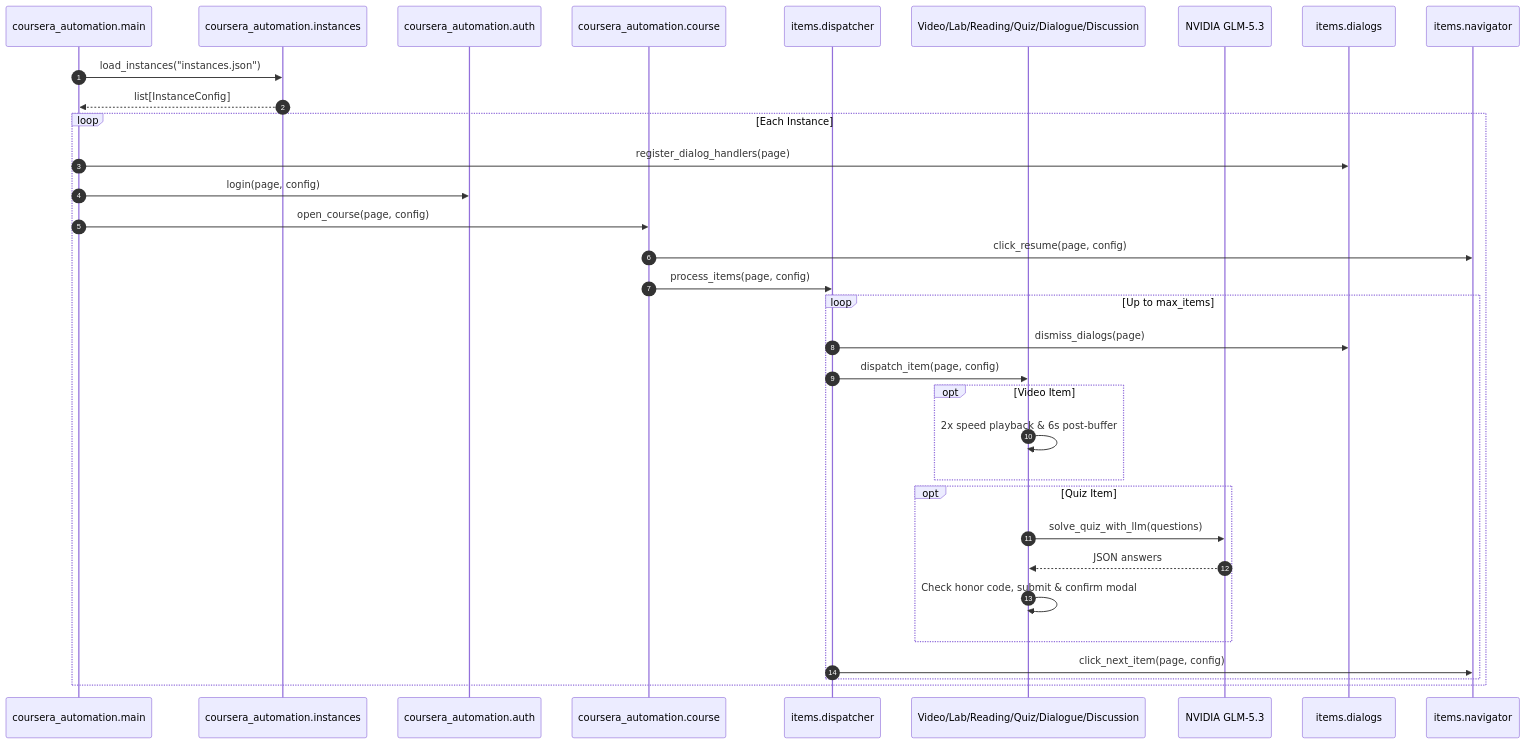
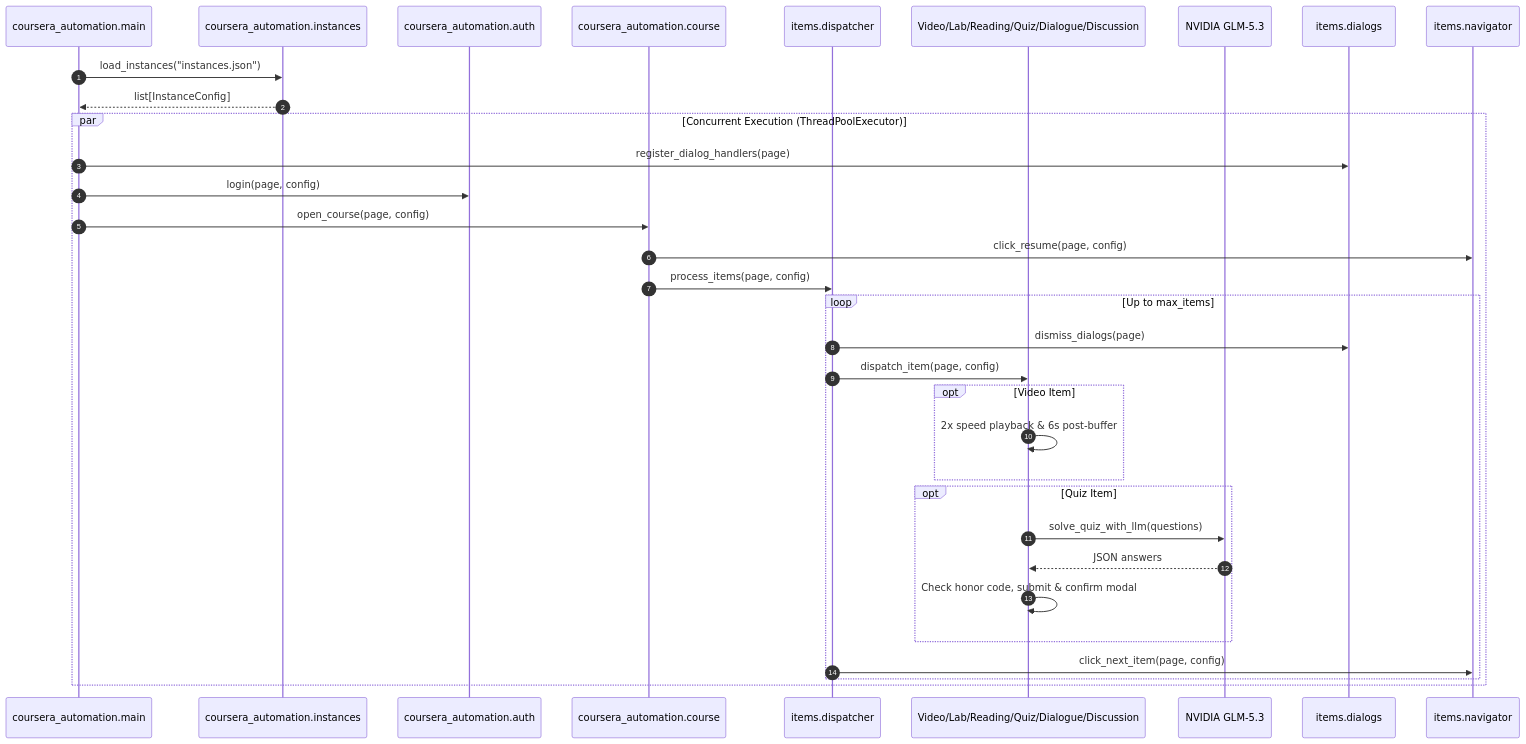
Before and after one commit to dheereshag/coursera: the diagram in docs/ARCHITECTURE.md, drawn with Mermaid. The commit also changed other lines of this file and 6 other files, not shown here.

Commit message:
feat: support parallel multi-instance execution via ThreadPoolExecutor and enhance dialogue handling with new unit tests

````diff
--- a/docs/ARCHITECTURE.md
+++ b/docs/ARCHITECTURE.md
@@ -7,37 +7,37 @@
 ```mermaid
 sequenceDiagram
     autonumber
     participant Main as coursera_automation.main
     participant Inst as coursera_automation.instances
     participant Auth as coursera_automation.auth
     participant Course as coursera_automation.course
     participant Disp as items.dispatcher
     participant Item as Video/Lab/Reading/Quiz/Dialogue/Discussion
     participant LLM as NVIDIA GLM-5.3
     participant Dial as items.dialogs
     participant Nav as items.navigator
 
     Main->>Inst: load_instances("instances.json")
     Inst-->>Main: list[InstanceConfig]
-    loop Each Instance
+    par Concurrent Execution (ThreadPoolExecutor)
         Main->>Dial: register_dialog_handlers(page)
         Main->>Auth: login(page, config)
         Main->>Course: open_course(page, config)
         Course->>Nav: click_resume(page, config)
         Course->>Disp: process_items(page, config)
         loop Up to max_items
             Disp->>Dial: dismiss_dialogs(page)
             Disp->>Item: dispatch_item(page, config)
             opt Video Item
                 Item->>Item: 2x speed playback & 6s post-buffer
             end
             opt Quiz Item
                 Item->>LLM: solve_quiz_with_llm(questions)
                 LLM-->>Item: JSON answers
                 Item->>Item: Check honor code, submit & confirm modal
             end
 
             Disp->>Nav: click_next_item(page, config)
         end
     end
 ```
````
